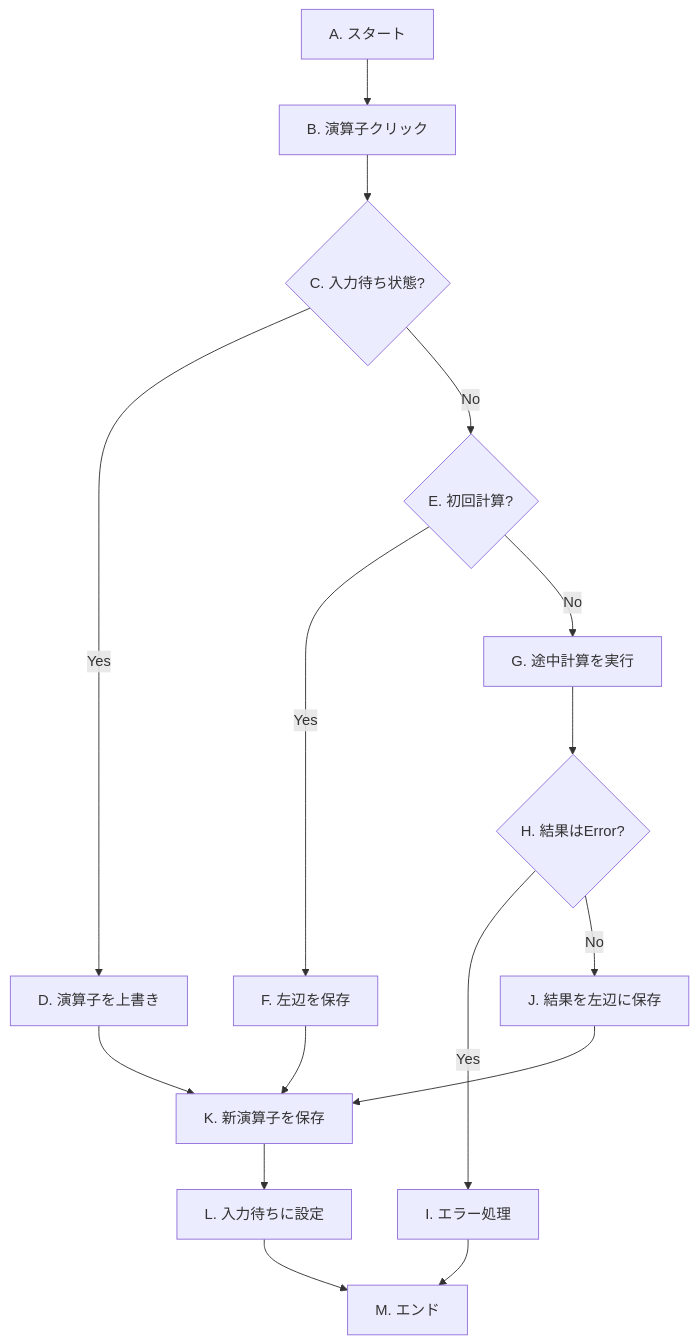
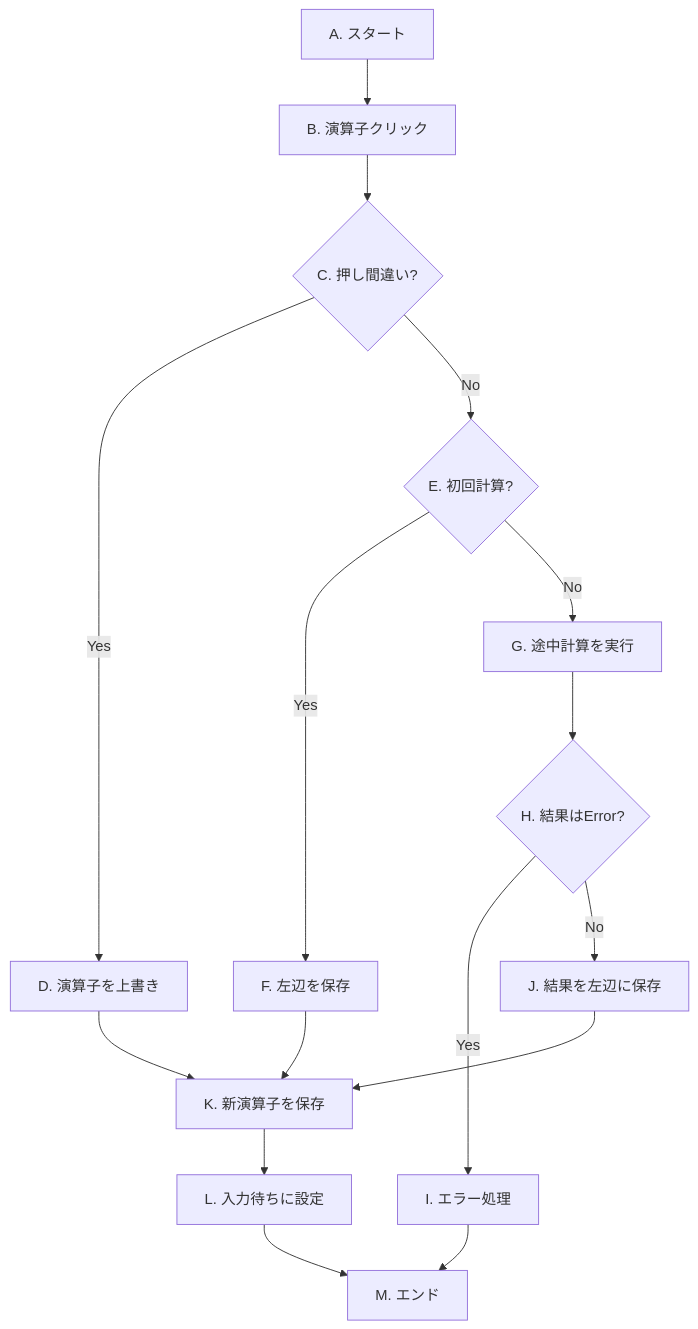
One commit to jun1waka/OIC2025-Front03 changed the third of 3 diagrams in README.md. Above: the diagram before and after it, drawn with Mermaid. The commit also changed other lines of this file, not shown here.

````diff
--- a/README.md
+++ b/README.md
@@ -419,15 +320,15 @@
 ```mermaid
 graph TD
     A["A. スタート"] --> B["B. 演算子クリック"];
-    B --> C{"C. 入力待ち状態?"};
+    B --> C{"C. 押し間違い?"};
     C -- Yes --> D["D. 演算子を上書き"];
     C -- No --> E{"E. 初回計算?"};
     E -- Yes --> F["F. 左辺を保存"];
     E -- No --> G["G. 途中計算を実行"];
     G --> H{"H. 結果はError?"};
     H -- Yes --> I["I. エラー処理"];
     H -- No --> J["J. 結果を左辺に保存"];
     D & F & J --> K["K. 新演算子を保存"];
     K --> L["L. 入力待ちに設定"];
     I & L --> M["M. エンド"];
 ```
````
